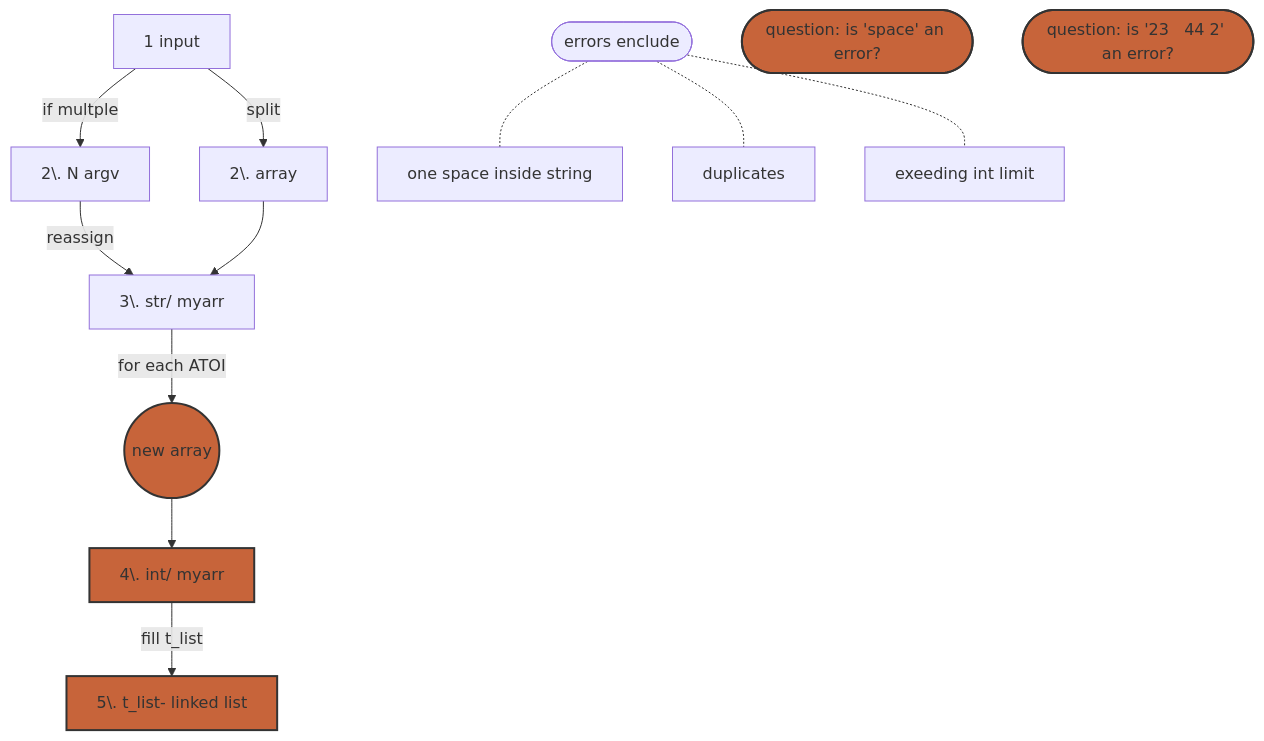
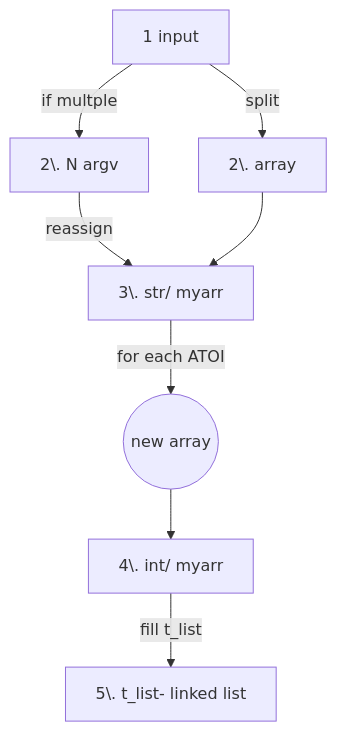
Before and after one commit to khaldounalhanawi/42_push_swap: the diagram in diagram.md, drawn with Mermaid. The commit also changed 72 other files, not shown here.

````diff
--- a/diagram.md
+++ b/diagram.md
@@ -1,29 +1,30 @@
 ```mermaid 
 flowchart TD
 1[1 input]-->|if multple|2
 1[1 input]-->|split|2.2
 
 2[2\. N argv]--> |reassign|3
 2.2[2\. array]--> 3[3\. str/ myarr]
 
 3 -->|for each ATOI| 3.2((new array))
 3.2 -->4[4\. int/ myarr]
 
 
 4-->|fill t_list| 5
 
 5[5\. t_list- linked list]
 
 classDef redNode fill:#c7643a,stroke:#333,stroke-width:2px;
-class 3.2,4,5 redNode
+%%class 4,5 redNode
 
 
-note([errors enclude]) .-.n1[one space inside string]
-note([errors enclude]) .-.n2[duplicates]
-note([errors enclude]) .-.n3[exeeding int limit]
+%%note([errors enclude]) .-.n1[one space %%inside string]
+%%note([errors enclude]) .-.n2[duplicates]
+%%note([errors enclude]) .-.n3[exeeding int %%limit]
+%%note([errors enclude]) .-.n4[only - or +]
 
-q1([question: is 'space' an error?])
-q2([question: is '23   44 2' an error?])
+%%q1([question: is 'space' an error?])
+%%q2([question: is '23   44 2' an error?])
 class q1,q2 redNode
 
 ```
````
